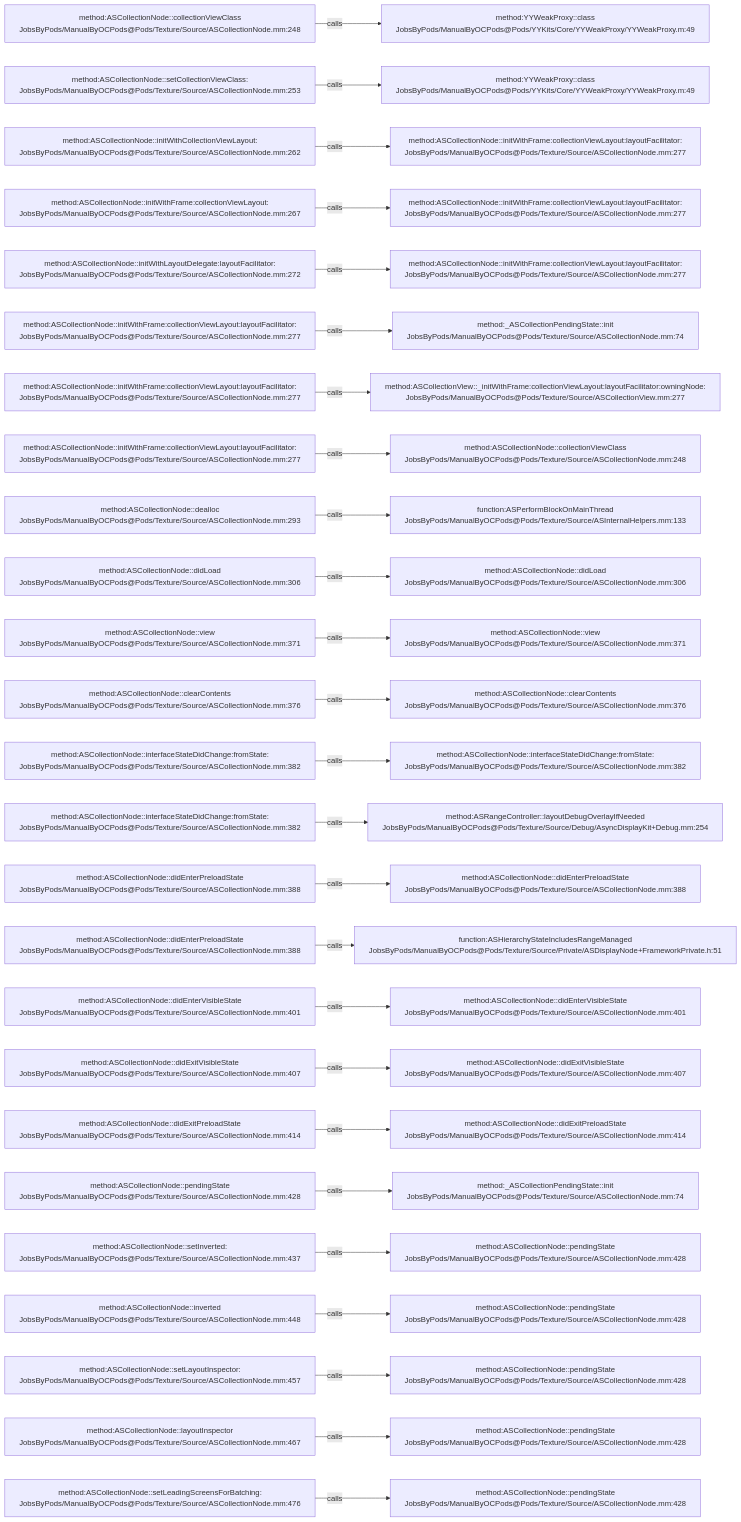
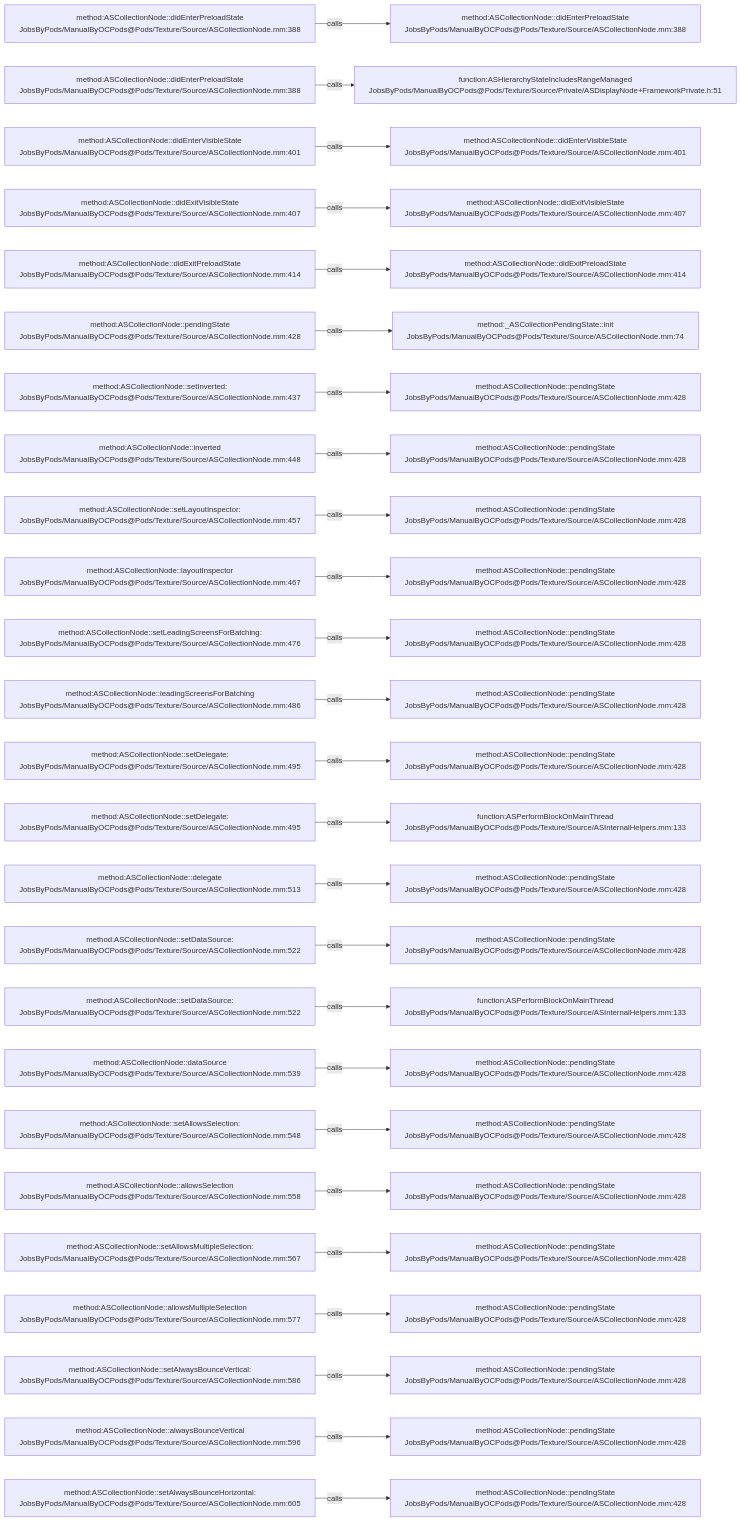
One commit to JobsKits/JobsOCBaseConfigDemo changed the diagram in .codegraph/codegraph.md/graphs/calls-078.md. Above: the diagram before and after it, drawn with Mermaid. The commit also changed 296 other files, not shown here.

````diff
--- a/.codegraph/codegraph.md/graphs/calls-078.md
+++ b/.codegraph/codegraph.md/graphs/calls-078.md
@@ -13,78 +13,78 @@
 ```mermaid
 flowchart LR
-  S1["method:ASCollectionNode::collectionViewClass<br/>JobsByPods/ManualByOCPods@Pods/Texture/Source/ASCollectionNode.mm:248"]
-  T1["method:YYWeakProxy::class<br/>JobsByPods/ManualByOCPods@Pods/YYKits/Core/YYWeakProxy/YYWeakProxy.m:49"]
+  S1["method:ASCollectionNode::didEnterPreloadState<br/>JobsByPods/ManualByOCPods@Pods/Texture/Source/ASCollectionNode.mm:388"]
+  T1["method:ASCollectionNode::didEnterPreloadState<br/>JobsByPods/ManualByOCPods@Pods/Texture/Source/ASCollectionNode.mm:388"]
   S1 -->|calls| T1
-  S2["method:ASCollectionNode::setCollectionViewClass:<br/>JobsByPods/ManualByOCPods@Pods/Texture/Source/ASCollectionNode.mm:253"]
-  T2["method:YYWeakProxy::class<br/>JobsByPods/ManualByOCPods@Pods/YYKits/Core/YYWeakProxy/YYWeakProxy.m:49"]
+  S2["method:ASCollectionNode::didEnterPreloadState<br/>JobsByPods/ManualByOCPods@Pods/Texture/Source/ASCollectionNode.mm:388"]
+  T2["function:ASHierarchyStateIncludesRangeManaged<br/>JobsByPods/ManualByOCPods@Pods/Texture/Source/Private/ASDisplayNode+FrameworkPrivate.h:51"]
   S2 -->|calls| T2
-  S3["method:ASCollectionNode::initWithCollectionViewLayout:<br/>JobsByPods/ManualByOCPods@Pods/Texture/Source/ASCollectionNode.mm:262"]
-  T3["method:ASCollectionNode::initWithFrame:collectionViewLayout:layoutFacilitator:<br/>JobsByPods/ManualByOCPods@Pods/Texture/Source/ASCollectionNode.mm:277"]
+  S3["method:ASCollectionNode::didEnterVisibleState<br/>JobsByPods/ManualByOCPods@Pods/Texture/Source/ASCollectionNode.mm:401"]
+  T3["method:ASCollectionNode::didEnterVisibleState<br/>JobsByPods/ManualByOCPods@Pods/Texture/Source/ASCollectionNode.mm:401"]
   S3 -->|calls| T3
-  S4["method:ASCollectionNode::initWithFrame:collectionViewLayout:<br/>JobsByPods/ManualByOCPods@Pods/Texture/Source/ASCollectionNode.mm:267"]
-  T4["method:ASCollectionNode::initWithFrame:collectionViewLayout:layoutFacilitator:<br/>JobsByPods/ManualByOCPods@Pods/Texture/Source/ASCollectionNode.mm:277"]
+  S4["method:ASCollectionNode::didExitVisibleState<br/>JobsByPods/ManualByOCPods@Pods/Texture/Source/ASCollectionNode.mm:407"]
+  T4["method:ASCollectionNode::didExitVisibleState<br/>JobsByPods/ManualByOCPods@Pods/Texture/Source/ASCollectionNode.mm:407"]
   S4 -->|calls| T4
-  S5["method:ASCollectionNode::initWithLayoutDelegate:layoutFacilitator:<br/>JobsByPods/ManualByOCPods@Pods/Texture/Source/ASCollectionNode.mm:272"]
-  T5["method:ASCollectionNode::initWithFrame:collectionViewLayout:layoutFacilitator:<br/>JobsByPods/ManualByOCPods@Pods/Texture/Source/ASCollectionNode.mm:277"]
+  S5["method:ASCollectionNode::didExitPreloadState<br/>JobsByPods/ManualByOCPods@Pods/Texture/Source/ASCollectionNode.mm:414"]
+  T5["method:ASCollectionNode::didExitPreloadState<br/>JobsByPods/ManualByOCPods@Pods/Texture/Source/ASCollectionNode.mm:414"]
   S5 -->|calls| T5
-  S6["method:ASCollectionNode::initWithFrame:collectionViewLayout:layoutFacilitator:<br/>JobsByPods/ManualByOCPods@Pods/Texture/Source/ASCollectionNode.mm:277"]
+  S6["method:ASCollectionNode::pendingState<br/>JobsByPods/ManualByOCPods@Pods/Texture/Source/ASCollectionNode.mm:428"]
   T6["method:_ASCollectionPendingState::init<br/>JobsByPods/ManualByOCPods@Pods/Texture/Source/ASCollectionNode.mm:74"]
   S6 -->|calls| T6
-  S7["method:ASCollectionNode::initWithFrame:collectionViewLayout:layoutFacilitator:<br/>JobsByPods/ManualByOCPods@Pods/Texture/Source/ASCollectionNode.mm:277"]
-  T7["method:ASCollectionView::_initWithFrame:collectionViewLayout:layoutFacilitator:owningNode:<br/>JobsByPods/ManualByOCPods@Pods/Texture/Source/ASCollectionView.mm:277"]
+  S7["method:ASCollectionNode::setInverted:<br/>JobsByPods/ManualByOCPods@Pods/Texture/Source/ASCollectionNode.mm:437"]
+  T7["method:ASCollectionNode::pendingState<br/>JobsByPods/ManualByOCPods@Pods/Texture/Source/ASCollectionNode.mm:428"]
   S7 -->|calls| T7
-  S8["method:ASCollectionNode::initWithFrame:collectionViewLayout:layoutFacilitator:<br/>JobsByPods/ManualByOCPods@Pods/Texture/Source/ASCollectionNode.mm:277"]
-  T8["method:ASCollectionNode::collectionViewClass<br/>JobsByPods/ManualByOCPods@Pods/Texture/Source/ASCollectionNode.mm:248"]
+  S8["method:ASCollectionNode::inverted<br/>JobsByPods/ManualByOCPods@Pods/Texture/Source/ASCollectionNode.mm:448"]
+  T8["method:ASCollectionNode::pendingState<br/>JobsByPods/ManualByOCPods@Pods/Texture/Source/ASCollectionNode.mm:428"]
   S8 -->|calls| T8
-  S9["method:ASCollectionNode::dealloc<br/>JobsByPods/ManualByOCPods@Pods/Texture/Source/ASCollectionNode.mm:293"]
-  T9["function:ASPerformBlockOnMainThread<br/>JobsByPods/ManualByOCPods@Pods/Texture/Source/ASInternalHelpers.mm:133"]
+  S9["method:ASCollectionNode::setLayoutInspector:<br/>JobsByPods/ManualByOCPods@Pods/Texture/Source/ASCollectionNode.mm:457"]
+  T9["method:ASCollectionNode::pendingState<br/>JobsByPods/ManualByOCPods@Pods/Texture/Source/ASCollectionNode.mm:428"]
   S9 -->|calls| T9
-  S10["method:ASCollectionNode::didLoad<br/>JobsByPods/ManualByOCPods@Pods/Texture/Source/ASCollectionNode.mm:306"]
-  T10["method:ASCollectionNode::didLoad<br/>JobsByPods/ManualByOCPods@Pods/Texture/Source/ASCollectionNode.mm:306"]
+  S10["method:ASCollectionNode::layoutInspector<br/>JobsByPods/ManualByOCPods@Pods/Texture/Source/ASCollectionNode.mm:467"]
+  T10["method:ASCollectionNode::pendingState<br/>JobsByPods/ManualByOCPods@Pods/Texture/Source/ASCollectionNode.mm:428"]
   S10 -->|calls| T10
-  S11["method:ASCollectionNode::view<br/>JobsByPods/ManualByOCPods@Pods/Texture/Source/ASCollectionNode.mm:371"]
-  T11["method:ASCollectionNode::view<br/>JobsByPods/ManualByOCPods@Pods/Texture/Source/ASCollectionNode.mm:371"]
+  S11["method:ASCollectionNode::setLeadingScreensForBatching:<br/>JobsByPods/ManualByOCPods@Pods/Texture/Source/ASCollectionNode.mm:476"]
+  T11["method:ASCollectionNode::pendingState<br/>JobsByPods/ManualByOCPods@Pods/Texture/Source/ASCollectionNode.mm:428"]
   S11 -->|calls| T11
-  S12["method:ASCollectionNode::clearContents<br/>JobsByPods/ManualByOCPods@Pods/Texture/Source/ASCollectionNode.mm:376"]
-  T12["method:ASCollectionNode::clearContents<br/>JobsByPods/ManualByOCPods@Pods/Texture/Source/ASCollectionNode.mm:376"]
+  S12["method:ASCollectionNode::leadingScreensForBatching<br/>JobsByPods/ManualByOCPods@Pods/Texture/Source/ASCollectionNode.mm:486"]
+  T12["method:ASCollectionNode::pendingState<br/>JobsByPods/ManualByOCPods@Pods/Texture/Source/ASCollectionNode.mm:428"]
   S12 -->|calls| T12
-  S13["method:ASCollectionNode::interfaceStateDidChange:fromState:<br/>JobsByPods/ManualByOCPods@Pods/Texture/Source/ASCollectionNode.mm:382"]
-  T13["method:ASCollectionNode::interfaceStateDidChange:fromState:<br/>JobsByPods/ManualByOCPods@Pods/Texture/Source/ASCollectionNode.mm:382"]
+  S13["method:ASCollectionNode::setDelegate:<br/>JobsByPods/ManualByOCPods@Pods/Texture/Source/ASCollectionNode.mm:495"]
+  T13["method:ASCollectionNode::pendingState<br/>JobsByPods/ManualByOCPods@Pods/Texture/Source/ASCollectionNode.mm:428"]
   S13 -->|calls| T13
-  S14["method:ASCollectionNode::interfaceStateDidChange:fromState:<br/>JobsByPods/ManualByOCPods@Pods/Texture/Source/ASCollectionNode.mm:382"]
-  T14["method:ASRangeController::layoutDebugOverlayIfNeeded<br/>JobsByPods/ManualByOCPods@Pods/Texture/Source/Debug/AsyncDisplayKit+Debug.mm:254"]
+  S14["method:ASCollectionNode::setDelegate:<br/>JobsByPods/ManualByOCPods@Pods/Texture/Source/ASCollectionNode.mm:495"]
+  T14["function:ASPerformBlockOnMainThread<br/>JobsByPods/ManualByOCPods@Pods/Texture/Source/ASInternalHelpers.mm:133"]
   S14 -->|calls| T14
-  S15["method:ASCollectionNode::didEnterPreloadState<br/>JobsByPods/ManualByOCPods@Pods/Texture/Source/ASCollectionNode.mm:388"]
-  T15["method:ASCollectionNode::didEnterPreloadState<br/>JobsByPods/ManualByOCPods@Pods/Texture/Source/ASCollectionNode.mm:388"]
+  S15["method:ASCollectionNode::delegate<br/>JobsByPods/ManualByOCPods@Pods/Texture/Source/ASCollectionNode.mm:513"]
+  T15["method:ASCollectionNode::pendingState<br/>JobsByPods/ManualByOCPods@Pods/Texture/Source/ASCollectionNode.mm:428"]
   S15 -->|calls| T15
-  S16["method:ASCollectionNode::didEnterPreloadState<br/>JobsByPods/ManualByOCPods@Pods/Texture/Source/ASCollectionNode.mm:388"]
-  T16["function:ASHierarchyStateIncludesRangeManaged<br/>JobsByPods/ManualByOCPods@Pods/Texture/Source/Private/ASDisplayNode+FrameworkPrivate.h:51"]
+  S16["method:ASCollectionNode::setDataSource:<br/>JobsByPods/ManualByOCPods@Pods/Texture/Source/ASCollectionNode.mm:522"]
+  T16["method:ASCollectionNode::pendingState<br/>JobsByPods/ManualByOCPods@Pods/Texture/Source/ASCollectionNode.mm:428"]
   S16 -->|calls| T16
-  S17["method:ASCollectionNode::didEnterVisibleState<br/>JobsByPods/ManualByOCPods@Pods/Texture/Source/ASCollectionNode.mm:401"]
-  T17["method:ASCollectionNode::didEnterVisibleState<br/>JobsByPods/ManualByOCPods@Pods/Texture/Source/ASCollectionNode.mm:401"]
+  S17["method:ASCollectionNode::setDataSource:<br/>JobsByPods/ManualByOCPods@Pods/Texture/Source/ASCollectionNode.mm:522"]
+  T17["function:ASPerformBlockOnMainThread<br/>JobsByPods/ManualByOCPods@Pods/Texture/Source/ASInternalHelpers.mm:133"]
   S17 -->|calls| T17
-  S18["method:ASCollectionNode::didExitVisibleState<br/>JobsByPods/ManualByOCPods@Pods/Texture/Source/ASCollectionNode.mm:407"]
-  T18["method:ASCollectionNode::didExitVisibleState<br/>JobsByPods/ManualByOCPods@Pods/Texture/Source/ASCollectionNode.mm:407"]
+  S18["method:ASCollectionNode::dataSource<br/>JobsByPods/ManualByOCPods@Pods/Texture/Source/ASCollectionNode.mm:539"]
+  T18["method:ASCollectionNode::pendingState<br/>JobsByPods/ManualByOCPods@Pods/Texture/Source/ASCollectionNode.mm:428"]
   S18 -->|calls| T18
-  S19["method:ASCollectionNode::didExitPreloadState<br/>JobsByPods/ManualByOCPods@Pods/Texture/Source/ASCollectionNode.mm:414"]
-  T19["method:ASCollectionNode::didExitPreloadState<br/>JobsByPods/ManualByOCPods@Pods/Texture/Source/ASCollectionNode.mm:414"]
+  S19["method:ASCollectionNode::setAllowsSelection:<br/>JobsByPods/ManualByOCPods@Pods/Texture/Source/ASCollectionNode.mm:548"]
+  T19["method:ASCollectionNode::pendingState<br/>JobsByPods/ManualByOCPods@Pods/Texture/Source/ASCollectionNode.mm:428"]
   S19 -->|calls| T19
-  S20["method:ASCollectionNode::pendingState<br/>JobsByPods/ManualByOCPods@Pods/Texture/Source/ASCollectionNode.mm:428"]
-  T20["method:_ASCollectionPendingState::init<br/>JobsByPods/ManualByOCPods@Pods/Texture/Source/ASCollectionNode.mm:74"]
+  S20["method:ASCollectionNode::allowsSelection<br/>JobsByPods/ManualByOCPods@Pods/Texture/Source/ASCollectionNode.mm:558"]
+  T20["method:ASCollectionNode::pendingState<br/>JobsByPods/ManualByOCPods@Pods/Texture/Source/ASCollectionNode.mm:428"]
   S20 -->|calls| T20
-  S21["method:ASCollectionNode::setInverted:<br/>JobsByPods/ManualByOCPods@Pods/Texture/Source/ASCollectionNode.mm:437"]
+  S21["method:ASCollectionNode::setAllowsMultipleSelection:<br/>JobsByPods/ManualByOCPods@Pods/Texture/Source/ASCollectionNode.mm:567"]
   T21["method:ASCollectionNode::pendingState<br/>JobsByPods/ManualByOCPods@Pods/Texture/Source/ASCollectionNode.mm:428"]
   S21 -->|calls| T21
-  S22["method:ASCollectionNode::inverted<br/>JobsByPods/ManualByOCPods@Pods/Texture/Source/ASCollectionNode.mm:448"]
+  S22["method:ASCollectionNode::allowsMultipleSelection<br/>JobsByPods/ManualByOCPods@Pods/Texture/Source/ASCollectionNode.mm:577"]
   T22["method:ASCollectionNode::pendingState<br/>JobsByPods/ManualByOCPods@Pods/Texture/Source/ASCollectionNode.mm:428"]
   S22 -->|calls| T22
-  S23["method:ASCollectionNode::setLayoutInspector:<br/>JobsByPods/ManualByOCPods@Pods/Texture/Source/ASCollectionNode.mm:457"]
+  S23["method:ASCollectionNode::setAlwaysBounceVertical:<br/>JobsByPods/ManualByOCPods@Pods/Texture/Source/ASCollectionNode.mm:586"]
   T23["method:ASCollectionNode::pendingState<br/>JobsByPods/ManualByOCPods@Pods/Texture/Source/ASCollectionNode.mm:428"]
   S23 -->|calls| T23
-  S24["method:ASCollectionNode::layoutInspector<br/>JobsByPods/ManualByOCPods@Pods/Texture/Source/ASCollectionNode.mm:467"]
+  S24["method:ASCollectionNode::alwaysBounceVertical<br/>JobsByPods/ManualByOCPods@Pods/Texture/Source/ASCollectionNode.mm:596"]
   T24["method:ASCollectionNode::pendingState<br/>JobsByPods/ManualByOCPods@Pods/Texture/Source/ASCollectionNode.mm:428"]
   S24 -->|calls| T24
-  S25["method:ASCollectionNode::setLeadingScreensForBatching:<br/>JobsByPods/ManualByOCPods@Pods/Texture/Source/ASCollectionNode.mm:476"]
+  S25["method:ASCollectionNode::setAlwaysBounceHorizontal:<br/>JobsByPods/ManualByOCPods@Pods/Texture/Source/ASCollectionNode.mm:605"]
   T25["method:ASCollectionNode::pendingState<br/>JobsByPods/ManualByOCPods@Pods/Texture/Source/ASCollectionNode.mm:428"]
   S25 -->|calls| T25
 ```
````
